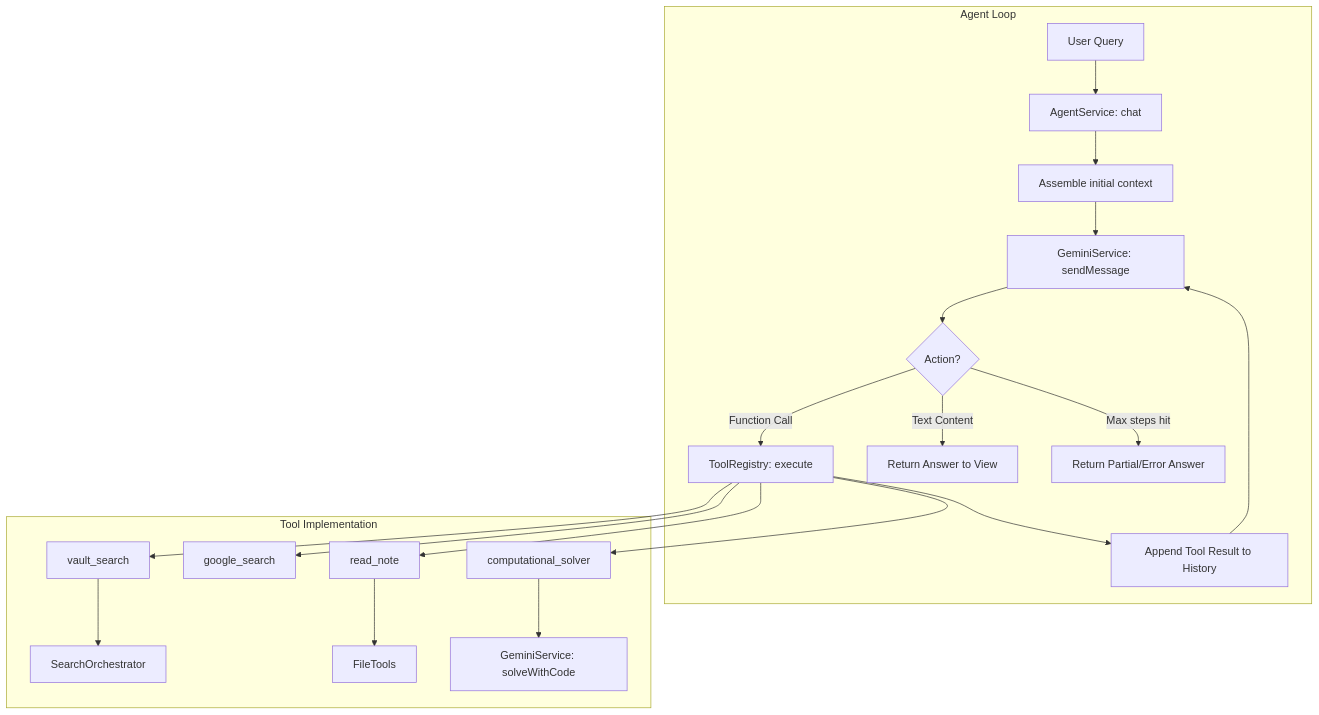
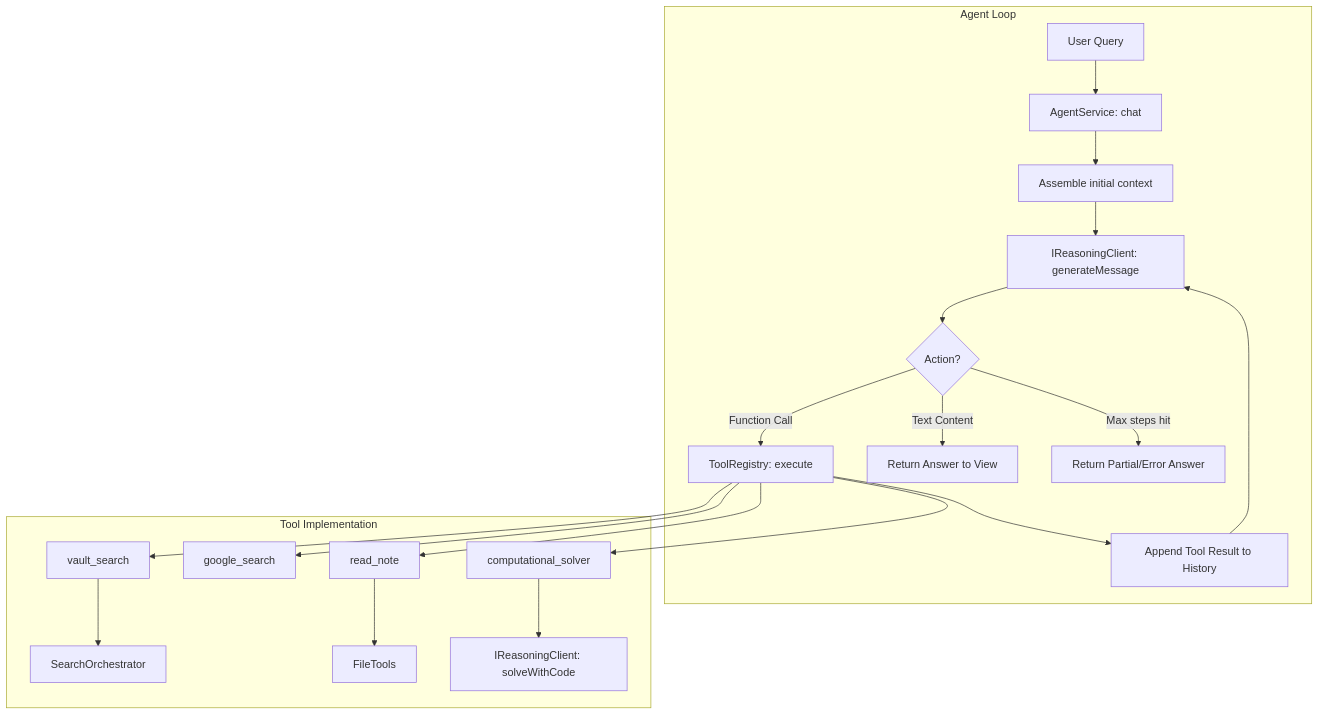
One commit to cybaea/obsidian-vault-intelligence changed the eighth of 8 diagrams in devs/ARCHITECTURE.md. Above: the diagram before and after it, drawn with Mermaid. The commit also changed other lines of this file and 26 other files, not shown here.

````diff
--- a/devs/ARCHITECTURE.md
+++ b/devs/ARCHITECTURE.md
@@ -384,25 +387,25 @@
 ```mermaid
 flowchart TD
     subgraph "Agent Loop"
         Start[User Query] --> Agent[AgentService: chat]
         Agent --> Build[Assemble initial context]
-        Build --> LLM[GeminiService: sendMessage]
+        Build --> LLM[IReasoningClient: generateMessage]
         LLM --> Decision{Action?}
         Decision -- "Function Call" --> Exec[ToolRegistry: execute]
         Exec --> Feedback[Append Tool Result to History]
         Feedback --> LLM
         Decision -- "Text Content" --> Final[Return Answer to View]
         Decision -- "Max steps hit" --> Timeout[Return Partial/Error Answer]
     end
 
     subgraph "Tool Implementation"
         Exec --> T1[vault_search]
         Exec --> T2[google_search]
         Exec --> T3[read_note]
         Exec --> T4[computational_solver]
         
         T1 --> SO[SearchOrchestrator]
         T3 --> FT[FileTools]
-        T4 --> GS[GeminiService: solveWithCode]
+        T4 --> RC[IReasoningClient: solveWithCode]
     end
 ```
````
